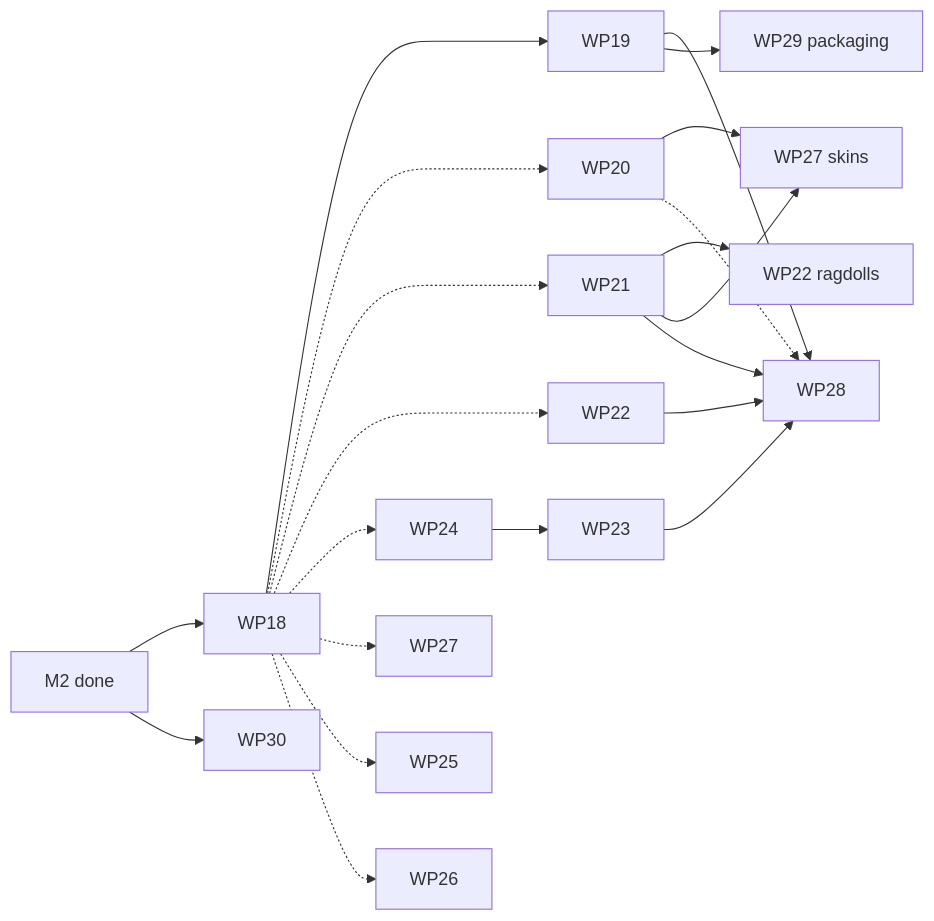
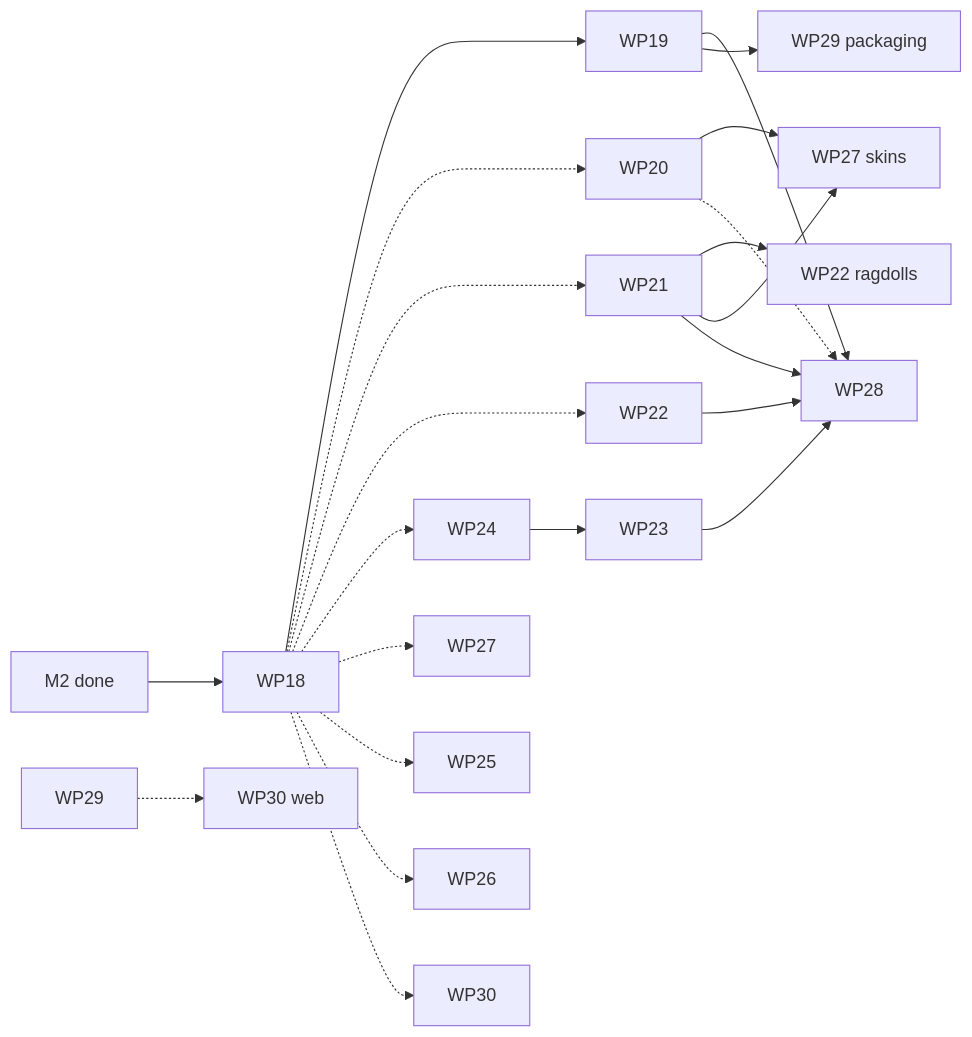
One commit to dullyontop/real-engine changed the diagram in docs/M3_PLAN.md. Above: the diagram before and after it, drawn with Mermaid. The commit also changed other lines of this file and 1 other file, not shown here.

````diff
--- a/docs/M3_PLAN.md
+++ b/docs/M3_PLAN.md
@@ -454,23 +491,24 @@
 ```mermaid
 graph LR
   M2[M2 done] --> WP18
   WP18 --> WP19
   WP18 -.-> WP20
   WP18 -.-> WP21
   WP18 -.-> WP22
   WP18 -.-> WP24
   WP18 -.-> WP27
   WP18 -.-> WP25
   WP18 -.-> WP26
   WP21 --> WP22r[WP22 ragdolls]
   WP21 --> WP27s[WP27 skins]
   WP20 --> WP27s
   WP24 --> WP23
   WP19 --> WP28
   WP21 --> WP28
   WP22 --> WP28
   WP23 --> WP28
   WP20 -.-> WP28
   WP19 --> WP29p[WP29 packaging]
-  M2 --> WP30
+  WP18 -.-> WP30
+  WP29 -.-> WP30w[WP30 web]
 ```
````
